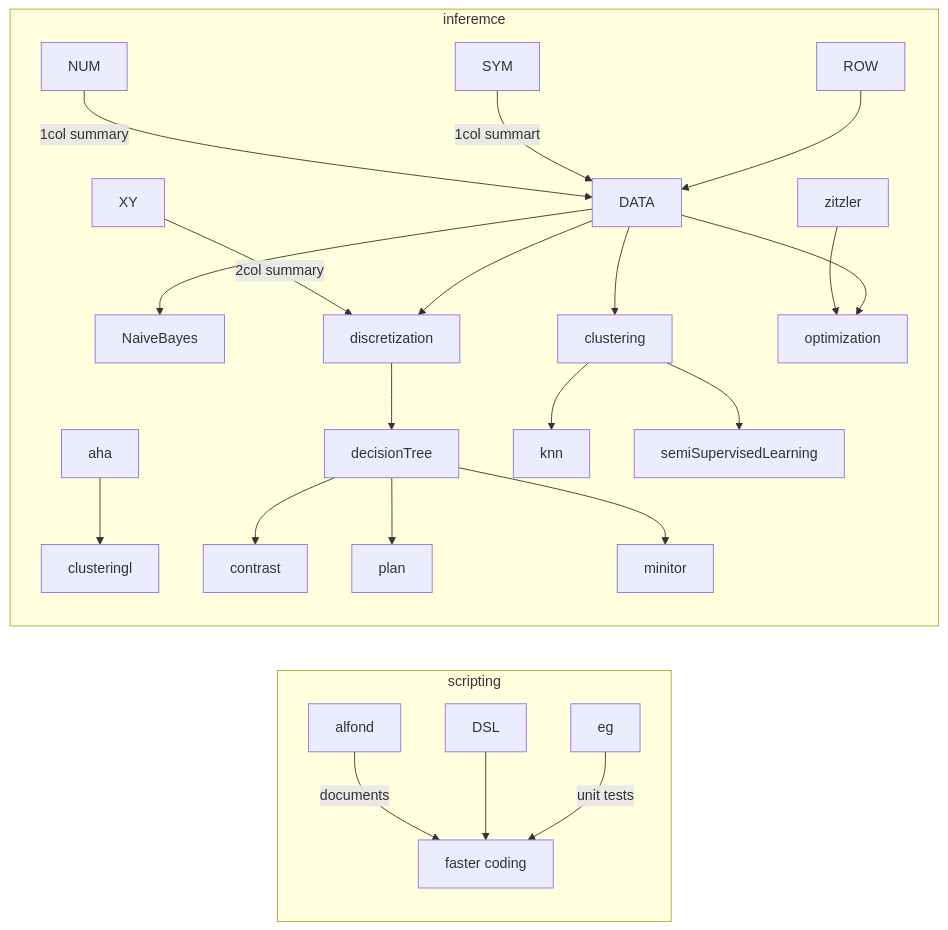
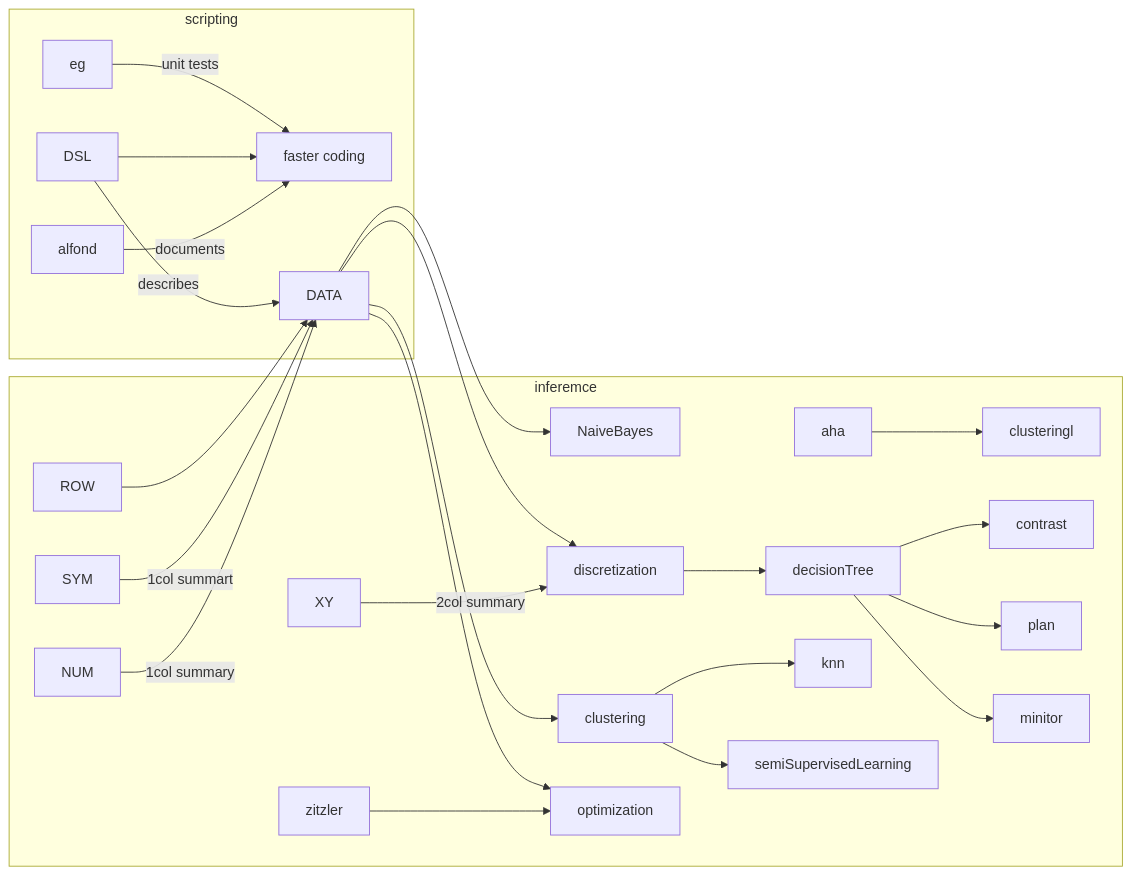
One commit to timm/tested changed the diagram in README.md. Above: the diagram before and after it, drawn with Mermaid.

````diff
--- a/README.md
+++ b/README.md
@@ -24,26 +24,27 @@
 ```mermaid
 graph LR;
     subgraph scripting
        C[faster coding];
        alfond-- documents --> C;
        DSL-->C;
        eg-- unit tests -->C;
+       DSL-- describes -->DATA;
     end
 
     subgraph inferemce
 	    NUM-- 1col summary -->DATA-->NaiveBayes;
 	   SYM -- 1col summart -->DATA;
 	    XY -- 2col summary -->discretization -->decisionTree
 	    ROW-->DATA;
 	    DATA-->clustering;
 	    aha-->clusteringl
 	    clustering-->knn;
 	    clustering-->semiSupervisedLearning;
 	    zitzler-->optimization;
 	    DATA-->optimization;
 	    DATA-->discretization 
 	    decisionTree-->contrast;
 	    decisionTree-->plan;
 	    decisionTree-->minitor;
     end
 ```
````
